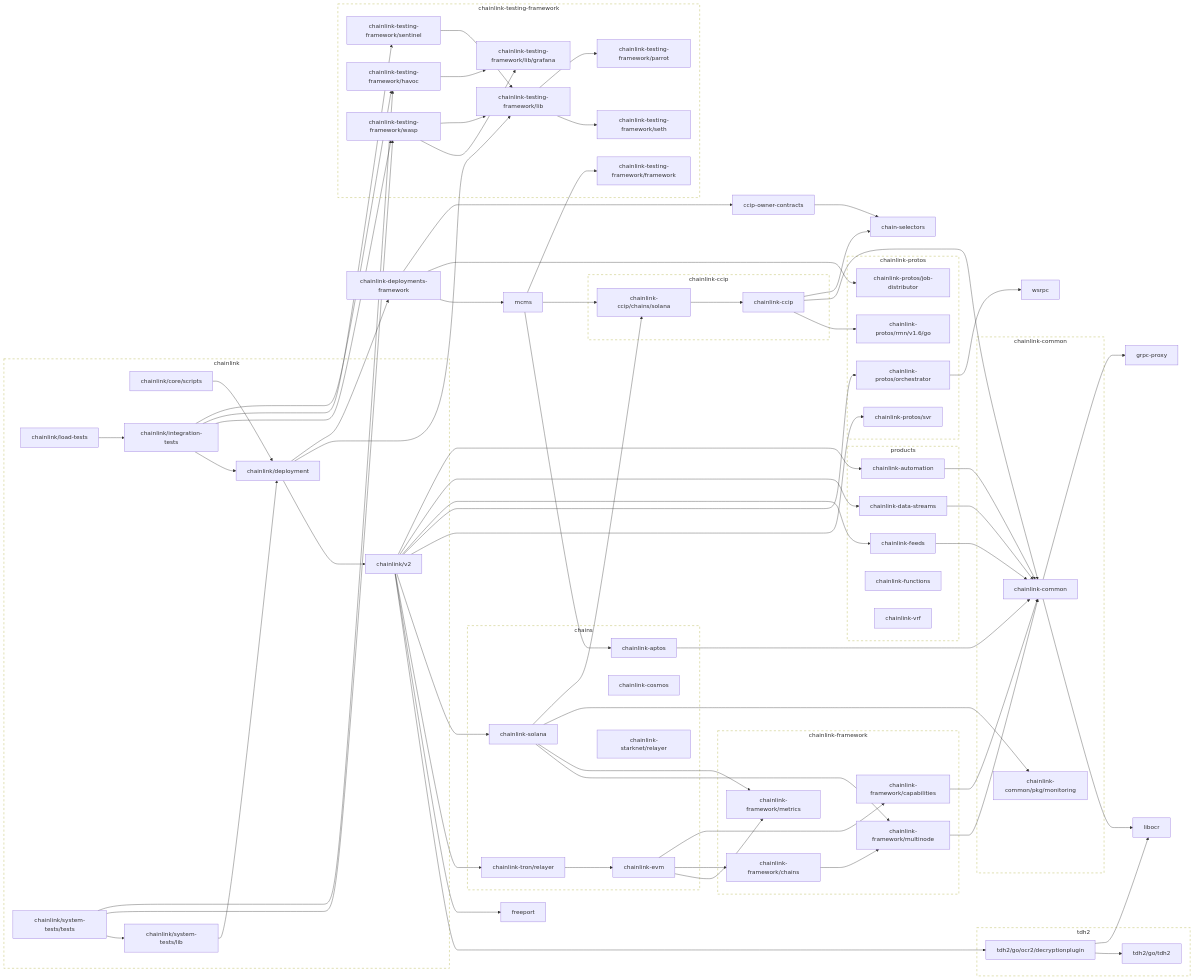
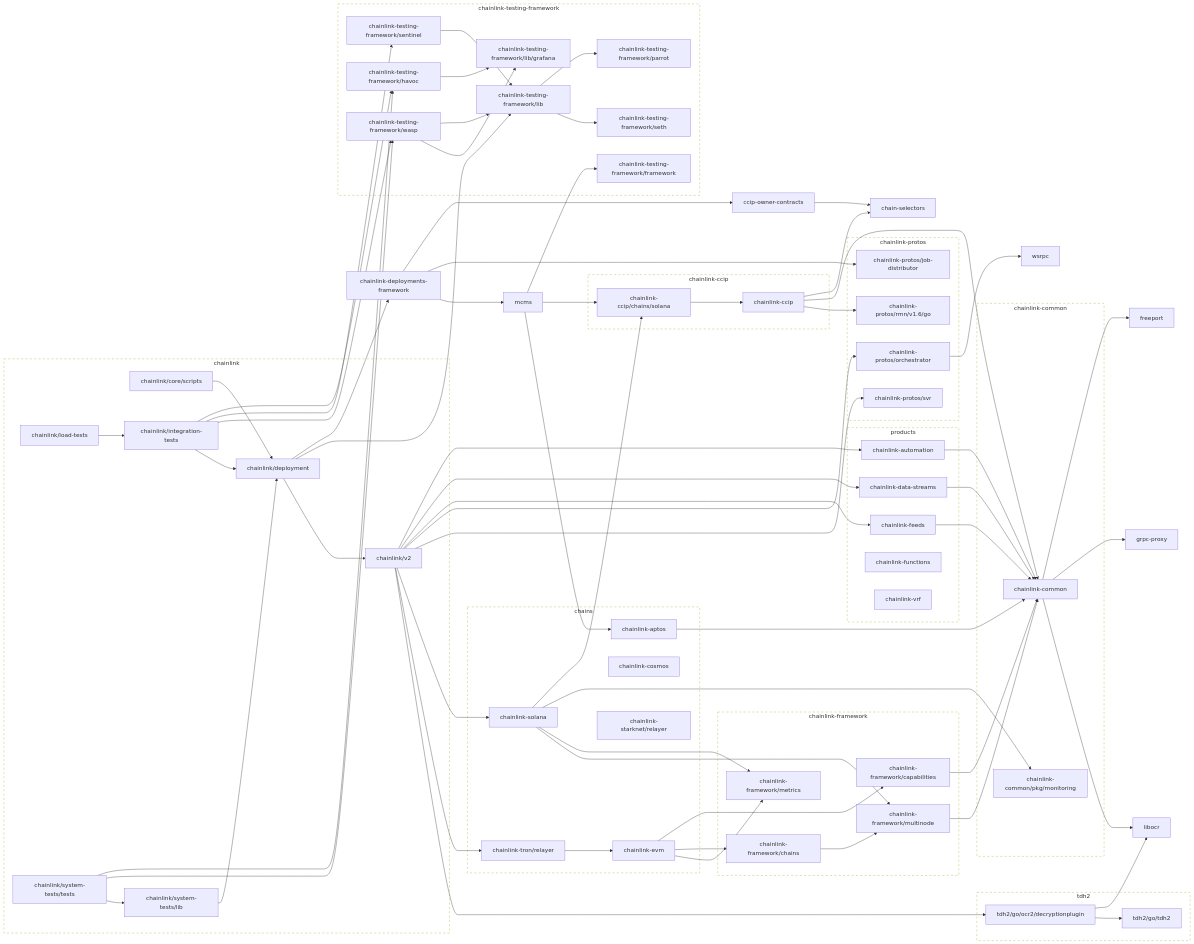
Before and after one commit to smartcontractkit/chainlink: the second of 2 diagrams in go.md, drawn with Mermaid. The commit also changed other lines of this file and 14 other files, not shown here.

```diff
--- a/go.md
+++ b/go.md
@@ -163,6 +163,7 @@
 	click chainlink-ccip href "https://github.com/smartcontractkit/chainlink-ccip"
 	chainlink-ccip/chains/solana --> chainlink-ccip
 	click chainlink-ccip/chains/solana href "https://github.com/smartcontractkit/chainlink-ccip"
+	chainlink-common --> freeport
 	chainlink-common --> grpc-proxy
 	chainlink-common --> libocr
 	click chainlink-common href "https://github.com/smartcontractkit/chainlink-common"
@@ -247,7 +248,6 @@
 	chainlink/v2 --> chainlink-protos/svr
 	chainlink/v2 --> chainlink-solana
 	chainlink/v2 --> chainlink-tron/relayer
-	chainlink/v2 --> freeport
 	chainlink/v2 --> tdh2/go/ocr2/decryptionplugin
 	click chainlink/v2 href "https://github.com/smartcontractkit/chainlink"
 	freeport
```
